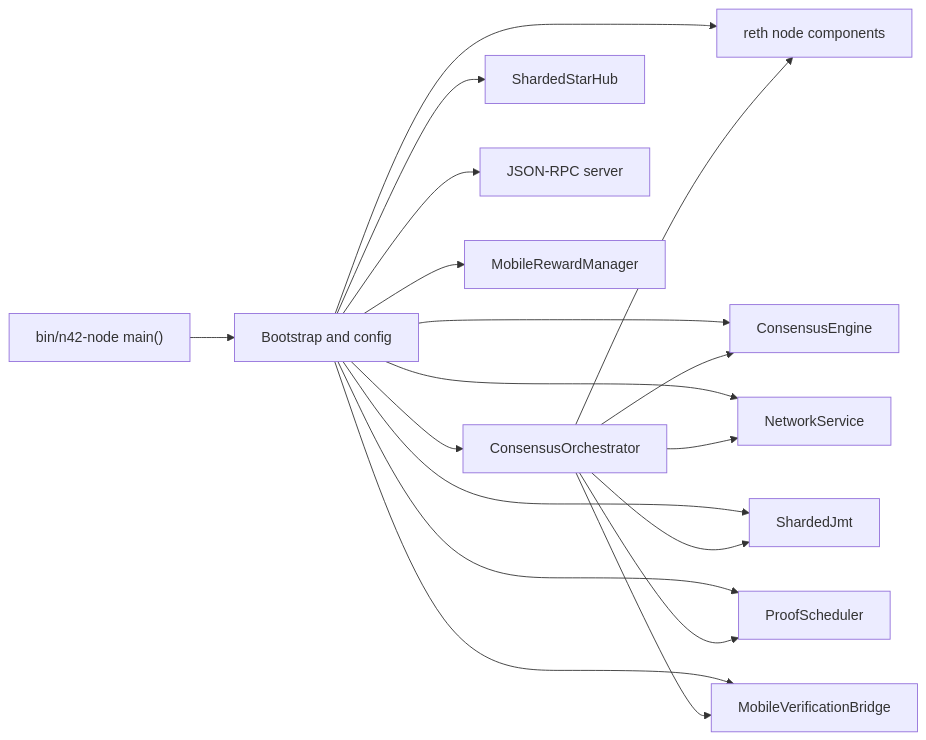
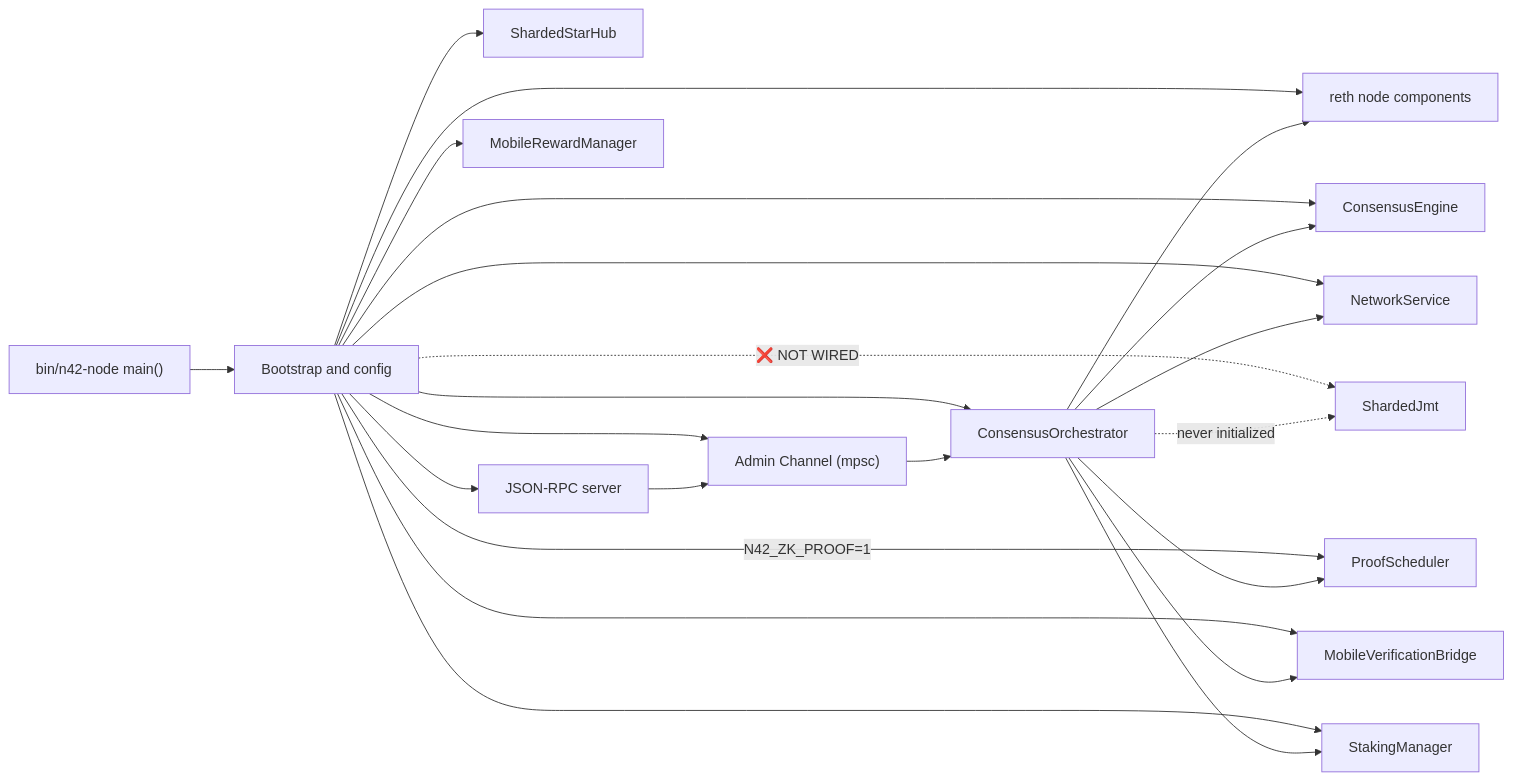
Before and after one commit to n42blockchain/n42-26: the first of 2 diagrams in docs/01-System-Architecture.md, drawn with Mermaid. The commit also changed other lines of this file and 2 other files, not shown here.

First line of the commit message:
docs: update architecture docs with production wiring audit results

````diff
--- a/docs/01-System-Architecture.md
+++ b/docs/01-System-Architecture.md
@@ -18,22 +18,27 @@
 ```mermaid
 flowchart LR
     CLI["bin/n42-node main()"]
     CLI --> BOOT["Bootstrap and config"]
     BOOT --> RETH["reth node components"]
     BOOT --> CONS["ConsensusEngine"]
     BOOT --> NET["NetworkService"]
     BOOT --> ORCH["ConsensusOrchestrator"]
     BOOT --> HUB["ShardedStarHub"]
     BOOT --> MBR["MobileVerificationBridge"]
     BOOT --> RPC["JSON-RPC server"]
-    BOOT --> JMT["ShardedJmt"]
-    BOOT --> ZK["ProofScheduler"]
+    BOOT -.->|"❌ NOT WIRED"| JMT["ShardedJmt"]
+    BOOT -->|"N42_ZK_PROOF=1"| ZK["ProofScheduler"]
     BOOT --> REWARD["MobileRewardManager"]
+    BOOT --> STAKE["StakingManager"]
+    BOOT --> ADMIN["Admin Channel (mpsc)"]
 
     ORCH --> CONS
     ORCH --> NET
     ORCH --> RETH
-    ORCH --> JMT
+    ORCH -.->|"never initialized"| JMT
     ORCH --> ZK
     ORCH --> MBR
+    ORCH --> STAKE
+    RPC --> ADMIN
+    ADMIN --> ORCH
 ```
````
